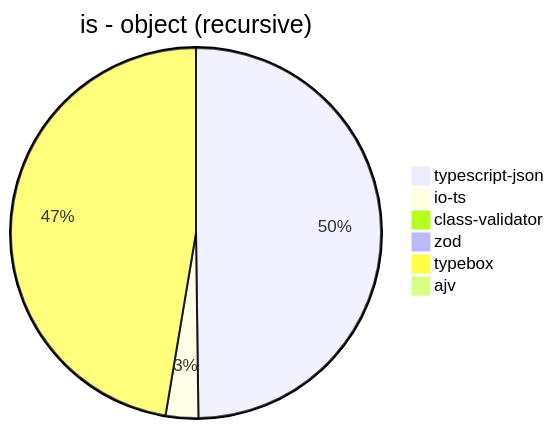
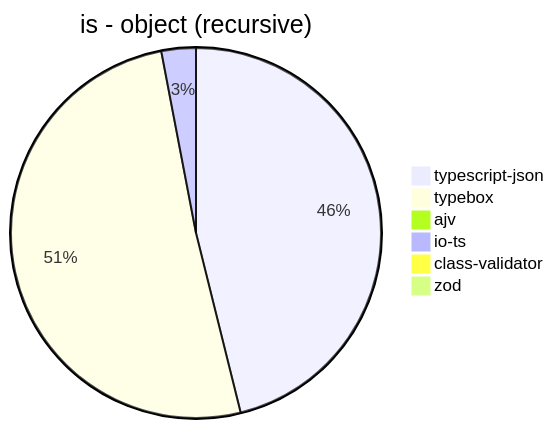
Before and after one commit to samchon/typia: the second of 39 diagrams in benchmark/results/AMD Ryzen 7 5800H with Radeon Graphics.md, drawn with Mermaid. The commit also changed other lines of this file and 7 other files, not shown here.

````diff
--- a/benchmark/results/AMD Ryzen 7 5800H with Radeon Graphics.md
+++ b/benchmark/results/AMD Ryzen 7 5800H with Radeon Graphics.md
@@ -32,9 +32,9 @@
 ```mermaid
 pie title is - object (recursive)
-  "typescript-json": 82627.6906238599
-  "io-ts": 4717.732884399551
-  "class-validator": 39.520509458700126
-  "zod": 68.88489208633094
-  "typebox": 78604.4264886703
+  "typescript-json": 74203.32458442695
+  "typebox": 81845.89983489268
   "ajv": 0
+  "io-ts": 4838.11475409836
+  "class-validator": 37.32039559619332
+  "zod": 70.17219033512313
 ```
````
